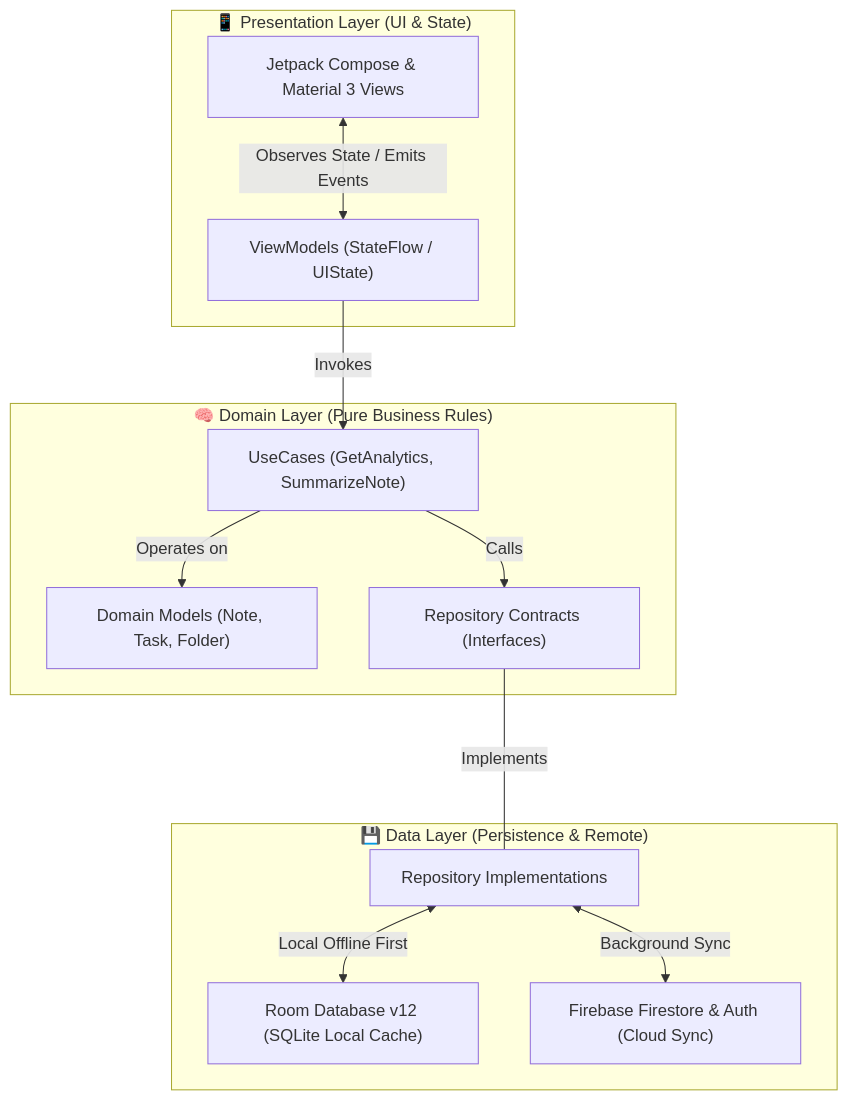
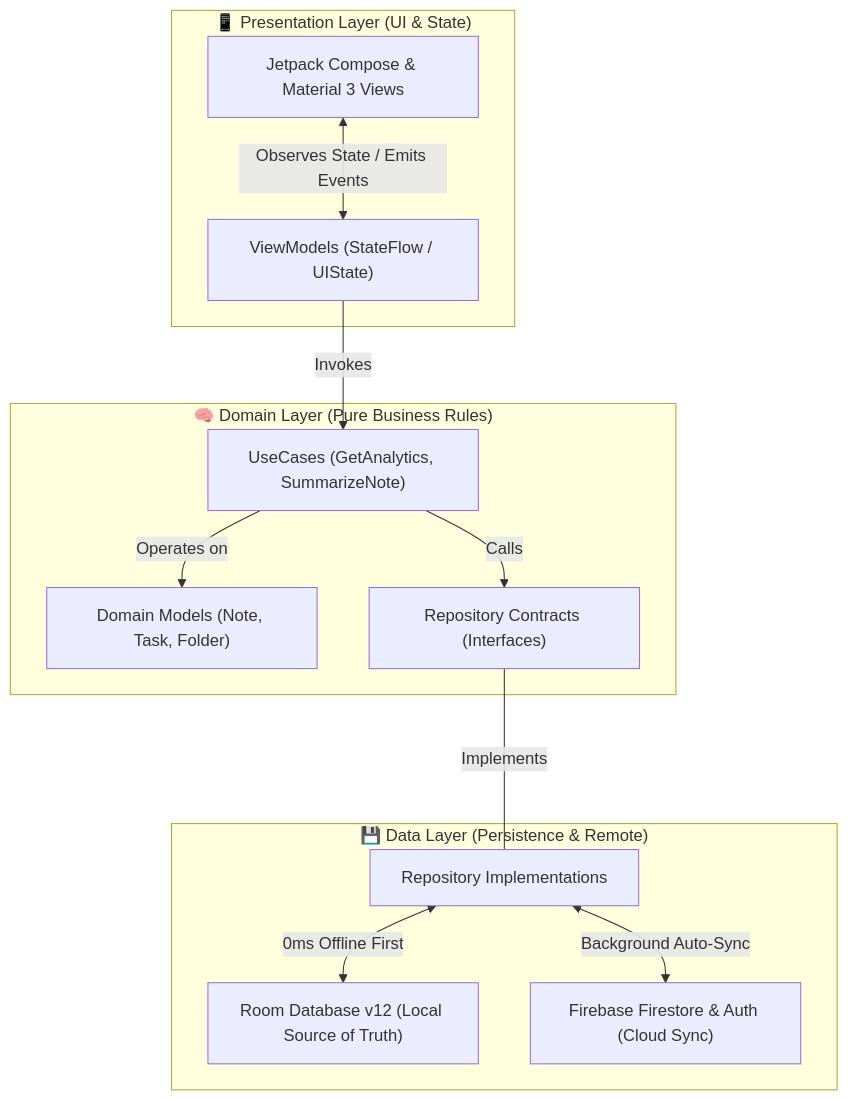
The first of 2 diagrams in README.md (akashray398/CogniTask-AI), drawn with Mermaid before and after one commit. The commit also changed other lines of this file, not shown here.

````diff
--- a/README.md
+++ b/README.md
@@ -68,26 +53,26 @@
 ```mermaid
 graph TD
     subgraph PRESENTATION["📱 Presentation Layer (UI & State)"]
         UI["Jetpack Compose & Material 3 Views"]
         VM["ViewModels (StateFlow / UIState)"]
         UI <--> |Observes State / Emits Events| VM
     end
 
     subgraph DOMAIN["🧠 Domain Layer (Pure Business Rules)"]
         UC["UseCases (GetAnalytics, SummarizeNote)"]
         DM["Domain Models (Note, Task, Folder)"]
         CR["Repository Contracts (Interfaces)"]
         VM --> |Invokes| UC
         UC --> |Operates on| DM
         UC --> |Calls| CR
     end
 
     subgraph DATA["💾 Data Layer (Persistence & Remote)"]
         REPO["Repository Implementations"]
-        ROOM["Room Database v12 (SQLite Local Cache)"]
+        ROOM["Room Database v12 (Local Source of Truth)"]
         FIREBASE["Firebase Firestore & Auth (Cloud Sync)"]
         CR <---|Implements| REPO
-        REPO <--> |Local Offline First| ROOM
-        REPO <--> |Background Sync| FIREBASE
+        REPO <--> |0ms Offline First| ROOM
+        REPO <--> |Background Auto-Sync| FIREBASE
     end
 ```
````
